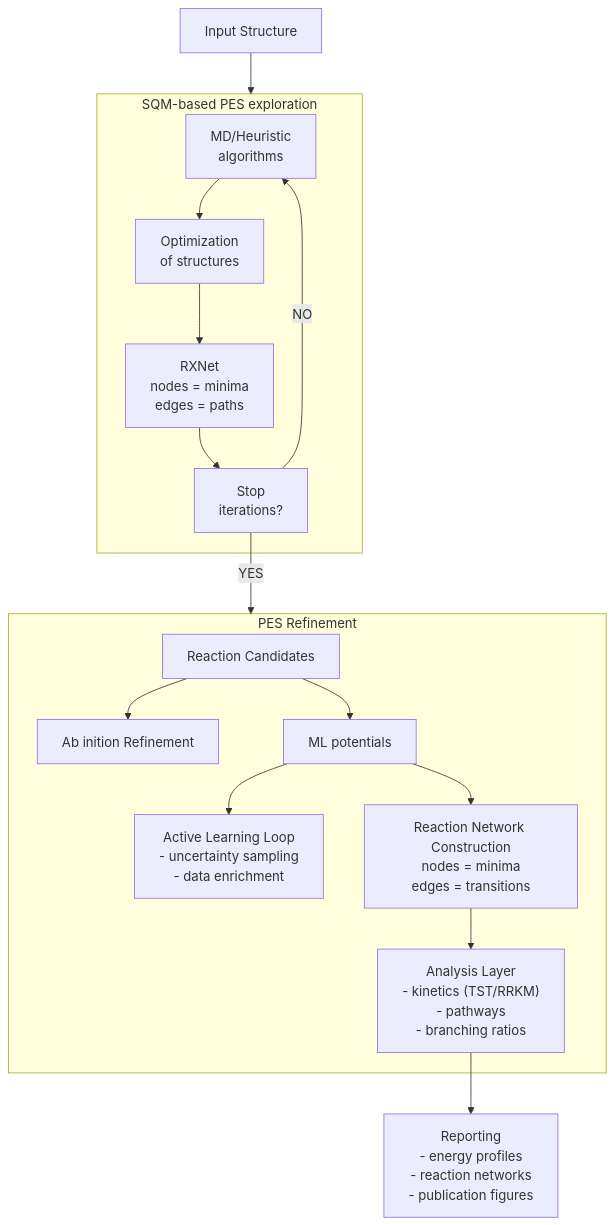
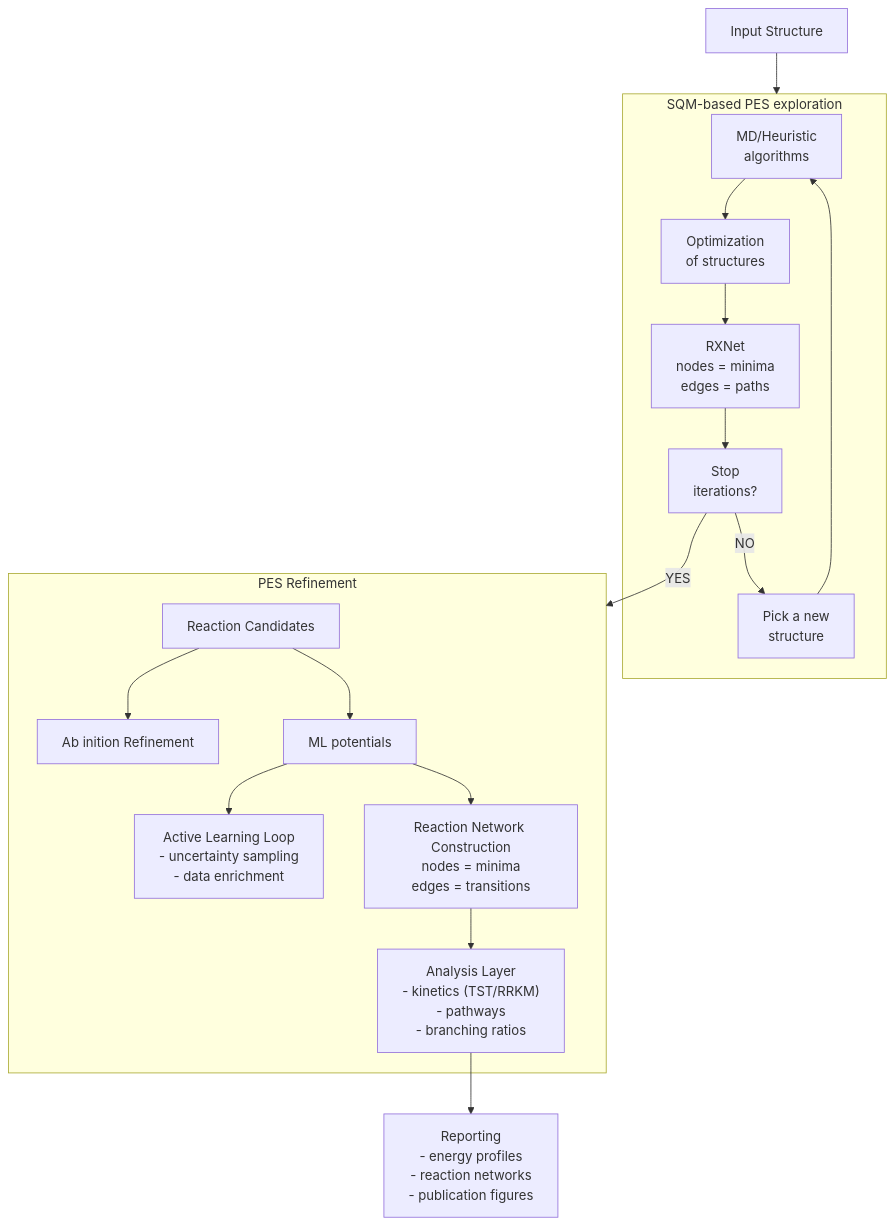
One commit to emartineznunez/mermaid changed the diagram in diagrams/diagrama.mmd. Above: the diagram before and after it, drawn with Mermaid.

```diff
--- a/diagrams/diagrama.mmd
+++ b/diagrams/diagrama.mmd
@@ -1,58 +1,59 @@
 flowchart TD
 
 %% =========================
 %% Input
 %% =========================
 A["Input Structure"]
 
 %% =========================
 %% Exploration layer
 %% =========================
 subgraph EXP[SQM-based PES exploration]
 B1["MD/Heuristic\n algorithms "]
 B1 --> B2["Optimization\n of structures"]
 B2 --> B3["RXNet\nnodes = minima\nedges = paths"]
 B3 --> B4["Stop\niterations?"]
-B4 -->|NO| B1
+B4 -->|NO| B5["Pick a new\n structure"]
+B5 --> B1
 end
 
 A --> EXP
 
 %% =========================
 %% Refinement layer
 %% =========================
 subgraph REF[PES Refinement]
 
 %% =========================
 %% Reaction discovery
 %% =========================
 C[Reaction Candidates]
 
 %% =========================
 %% Refinement
 %% =========================
 C --> D["Ab inition Refinement"]
 C --> E["ML potentials"]
 
 %% =========================
 %% Active learning loop
 %% =========================
 E --> F["Active Learning Loop\n- uncertainty sampling\n- data enrichment"]
 
 %% =========================
 %% Network construction
 %% =========================
 E --> G["Reaction Network Construction\nnodes = minima\nedges = transitions"]
 
 %% =========================
 %% Analysis
 %% =========================
 G --> H["Analysis Layer\n- kinetics (TST/RRKM)\n- pathways\n- branching ratios"]
 end 
 
 B4 -->|YES| REF 
 
 %% =========================
 %% Output
 %% =========================
 H --> I["Reporting\n- energy profiles\n- reaction networks\n- publication figures"]
```
